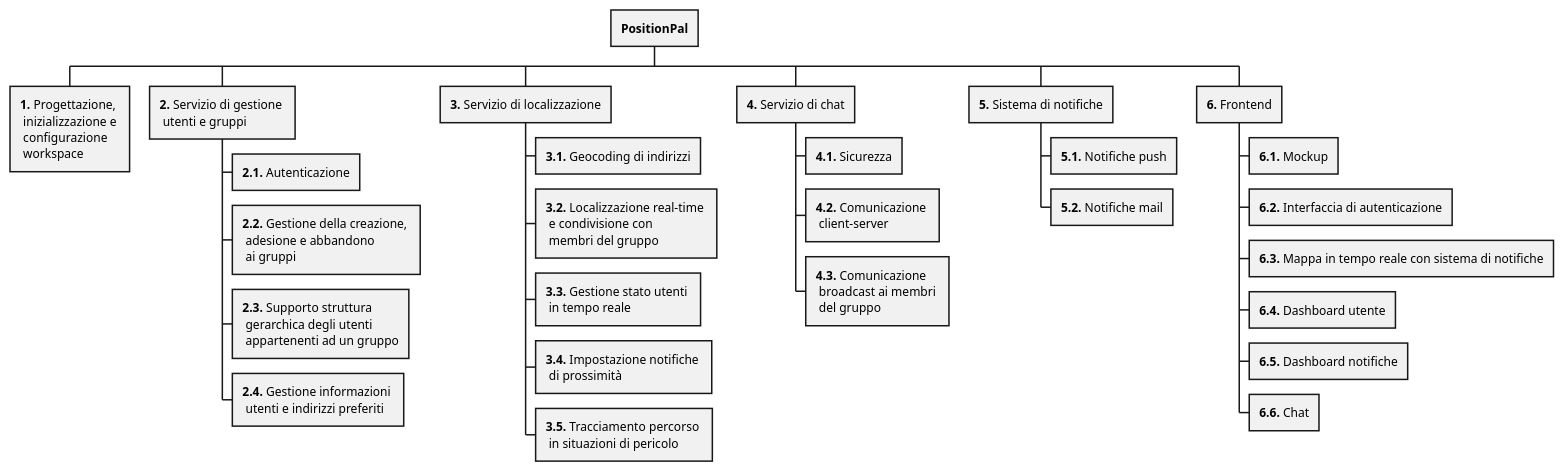
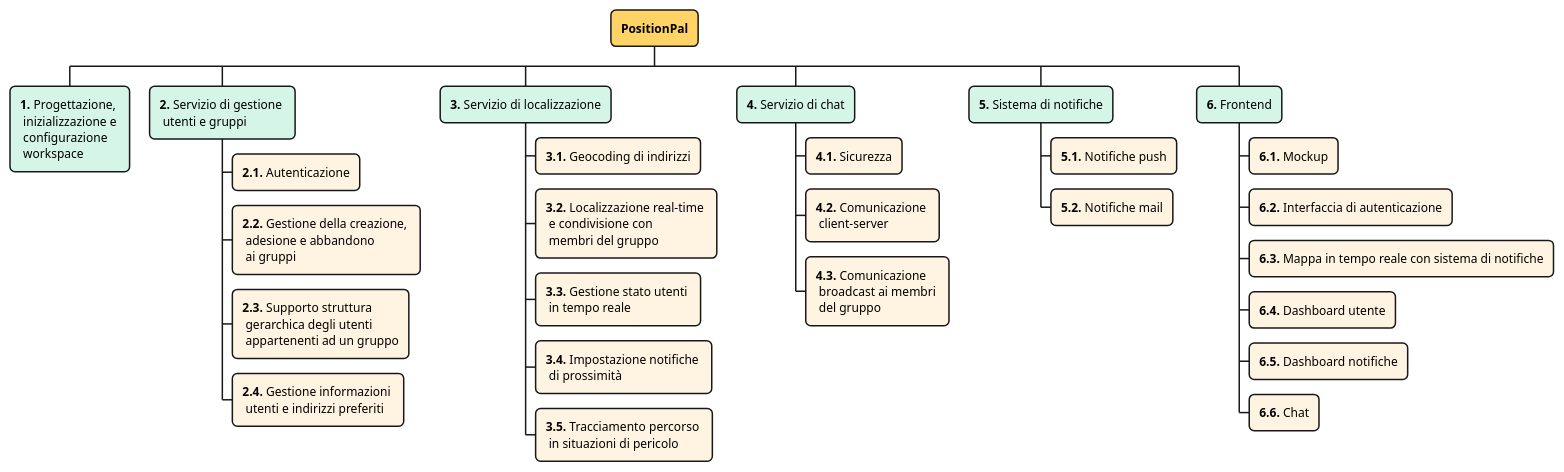
One commit to position-pal/PM-report changed the diagram in _attachments/2-rbs.md. Above: the diagram before and after it, drawn with PlantUML. The commit also changed 1 other file, not shown here.

Commit message:
improve schema wbs

````diff
--- a/_attachments/2-rbs.md
+++ b/_attachments/2-rbs.md
@@ -54,39 +54,56 @@
 ```plantuml
 @startwbs rbs
+<style>
+node {
+   RoundCorner 10
+   :depth(0) {
+      BackgroundColor #FFD365
+   }
+   :depth(1) {
+      BackgroundColor #D5F5E8
+   }
+   :depth(2) {
+      BackgroundColor #FFF4E1
+   }
+}
+boxless { // will target boxless node with '_'
+   FontColor #2C3E50
+}
+</style>
 
 + **PositionPal**
 
 ++ **1.** Progettazione, \n inizializzazione e \n configurazione \n workspace
 
 ++ **2.** Servizio di gestione \n utenti e gruppi
 +++ **2.1.** Autenticazione
 +++ **2.2.** Gestione della creazione, \n adesione e abbandono \n ai gruppi
 +++ **2.3.** Supporto struttura \n gerarchica degli utenti \n appartenenti ad un gruppo
 +++ **2.4.** Gestione informazioni \n utenti e indirizzi preferiti
 
 ++ **3.** Servizio di localizzazione
 +++ **3.1.** Geocoding di indirizzi
 +++ **3.2.** Localizzazione real-time \n e condivisione con \n membri del gruppo
 +++ **3.3.** Gestione stato utenti \n in tempo reale
 +++ **3.4.** Impostazione notifiche \n di prossimità
 +++ **3.5.** Tracciamento percorso \n in situazioni di pericolo
 
 ++ **4.** Servizio di chat
 +++ **4.1.** Sicurezza
 +++ **4.2.** Comunicazione \n client-server
 +++ **4.3.** Comunicazione \n broadcast ai membri \n del gruppo
 
 ++ **5.** Sistema di notifiche
 +++ **5.1.** Notifiche push
 +++ **5.2.** Notifiche mail
 
 ++ **6.** Frontend
 +++ **6.1.** Mockup
 +++ **6.2.** Interfaccia di autenticazione
 +++ **6.3.** Mappa in tempo reale con sistema di notifiche
 +++ **6.4.** Dashboard utente
 +++ **6.5.** Dashboard notifiche
 +++ **6.6.** Chat
 
 @endwbs
 ```
````
